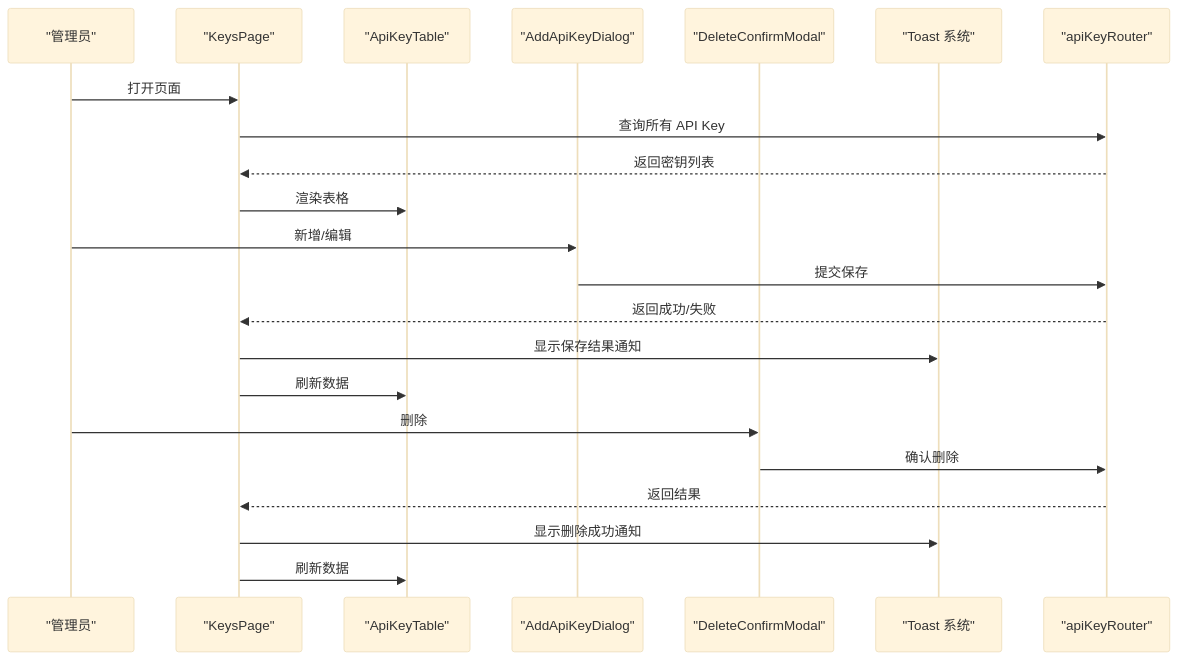
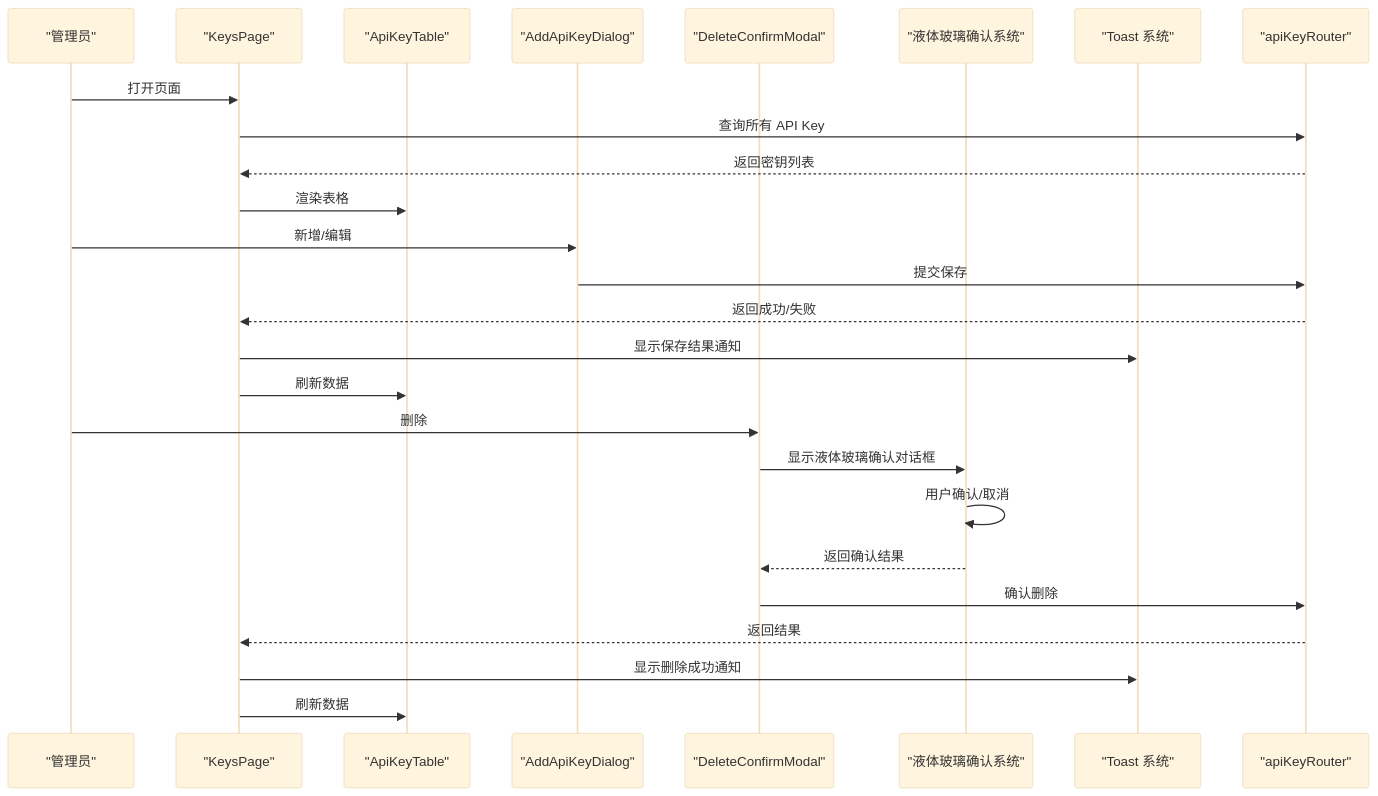
The fourth of 9 diagrams in .qoder/repowiki/zh/content/核心功能/API Key 管理.md (RadiumAg/AIGate), drawn with Mermaid (base theme) before and after one commit. The commit also changed other lines of this file and 3 other files, not shown here.

````diff
--- a/.qoder/repowiki/zh/content/核心功能/API Key 管理.md
+++ b/.qoder/repowiki/zh/content/核心功能/API Key 管理.md
@@ -180,24 +198,28 @@
 ```mermaid
 sequenceDiagram
 participant Admin as "管理员"
 participant Page as "KeysPage"
 participant Table as "ApiKeyTable"
 participant Dialog as "AddApiKeyDialog"
 participant Modal as "DeleteConfirmModal"
+participant Confirm as "液体玻璃确认系统"
 participant Toast as "Toast 系统"
 participant API as "apiKeyRouter"
 Admin->>Page : 打开页面
 Page->>API : 查询所有 API Key
 API-->>Page : 返回密钥列表
 Page->>Table : 渲染表格
 Admin->>Dialog : 新增/编辑
 Dialog->>API : 提交保存
 API-->>Page : 返回成功/失败
 Page->>Toast : 显示保存结果通知
 Page->>Table : 刷新数据
 Admin->>Modal : 删除
+Modal->>Confirm : 显示液体玻璃确认对话框
+Confirm->>Confirm : 用户确认/取消
+Confirm-->>Modal : 返回确认结果
 Modal->>API : 确认删除
 API-->>Page : 返回结果
 Page->>Toast : 显示删除成功通知
 Page->>Table : 刷新数据
 ```
````
